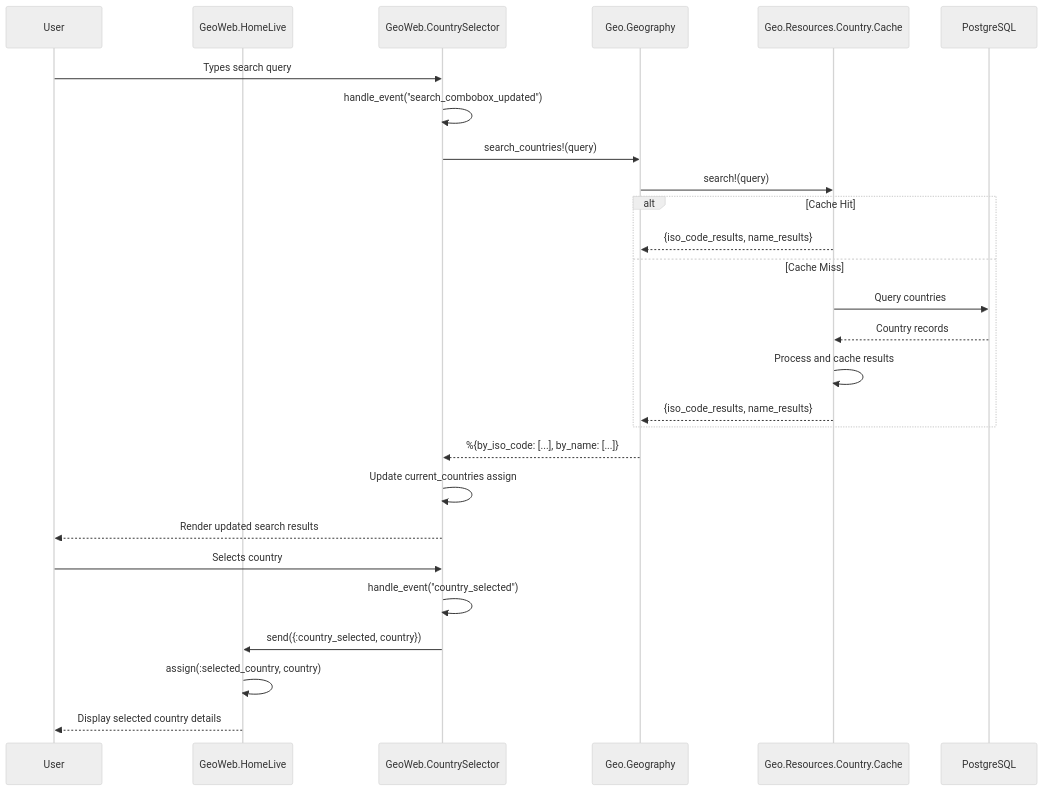
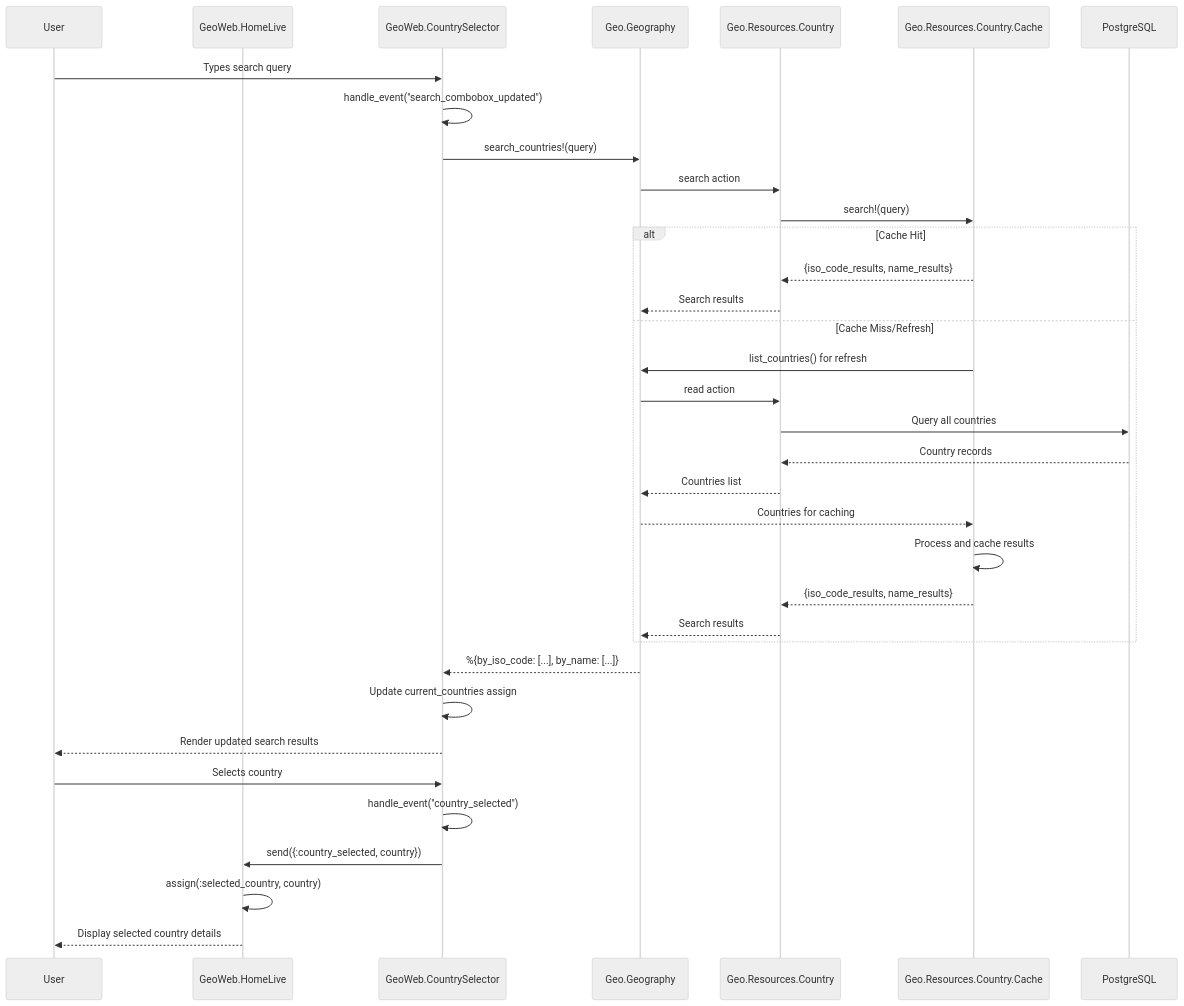
Before and after one commit to dev-guy/geo: the second of 6 diagrams in README.md, drawn with Mermaid (neutral theme). The commit also changed other lines of this file, not shown here.

````diff
--- a/README.md
+++ b/README.md
@@ -171,33 +182,41 @@
 ```mermaid
 sequenceDiagram
     participant User
     participant LiveView as GeoWeb.HomeLive
     participant Component as GeoWeb.CountrySelector
     participant Domain as Geo.Geography
+    participant Resource as Geo.Resources.Country
     participant Cache as Geo.Resources.Country.Cache
     participant DB as PostgreSQL
 
     User->>Component: Types search query
     Component->>Component: handle_event("search_combobox_updated")
     Component->>Domain: search_countries!(query)
-    Domain->>Cache: search!(query)
+    Domain->>Resource: search action
+    Resource->>Cache: search!(query)
     
     alt Cache Hit
-        Cache-->>Domain: {iso_code_results, name_results}
-    else Cache Miss
-        Cache->>DB: Query countries
-        DB-->>Cache: Country records
+        Cache-->>Resource: {iso_code_results, name_results}
+        Resource-->>Domain: Search results
+    else Cache Miss/Refresh
+        Cache->>Domain: list_countries() for refresh
+        Domain->>Resource: read action
+        Resource->>DB: Query all countries
+        DB-->>Resource: Country records
+        Resource-->>Domain: Countries list
+        Domain-->>Cache: Countries for caching
         Cache->>Cache: Process and cache results
-        Cache-->>Domain: {iso_code_results, name_results}
+        Cache-->>Resource: {iso_code_results, name_results}
+        Resource-->>Domain: Search results
     end
     
     Domain-->>Component: %{by_iso_code: [...], by_name: [...]}
     Component->>Component: Update current_countries assign
     Component-->>User: Render updated search results
     
     User->>Component: Selects country
     Component->>Component: handle_event("country_selected")
     Component->>LiveView: send({:country_selected, country})
     LiveView->>LiveView: assign(:selected_country, country)
     LiveView-->>User: Display selected country details
 ```
````
